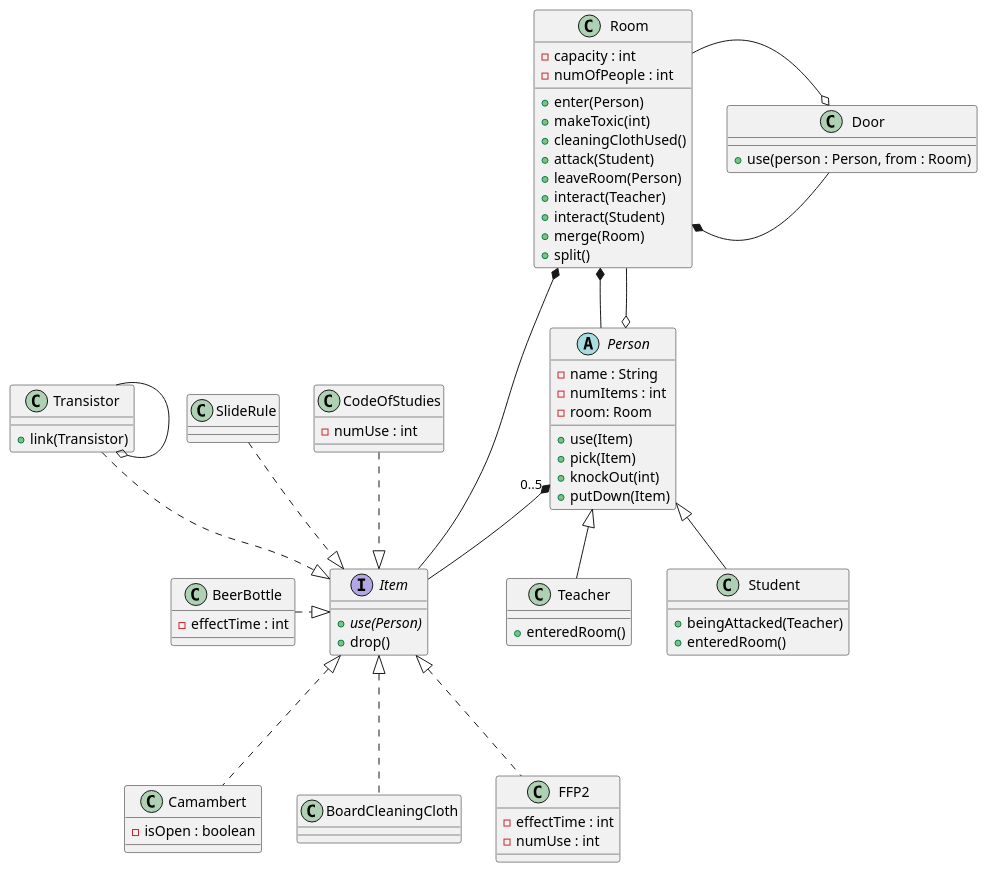
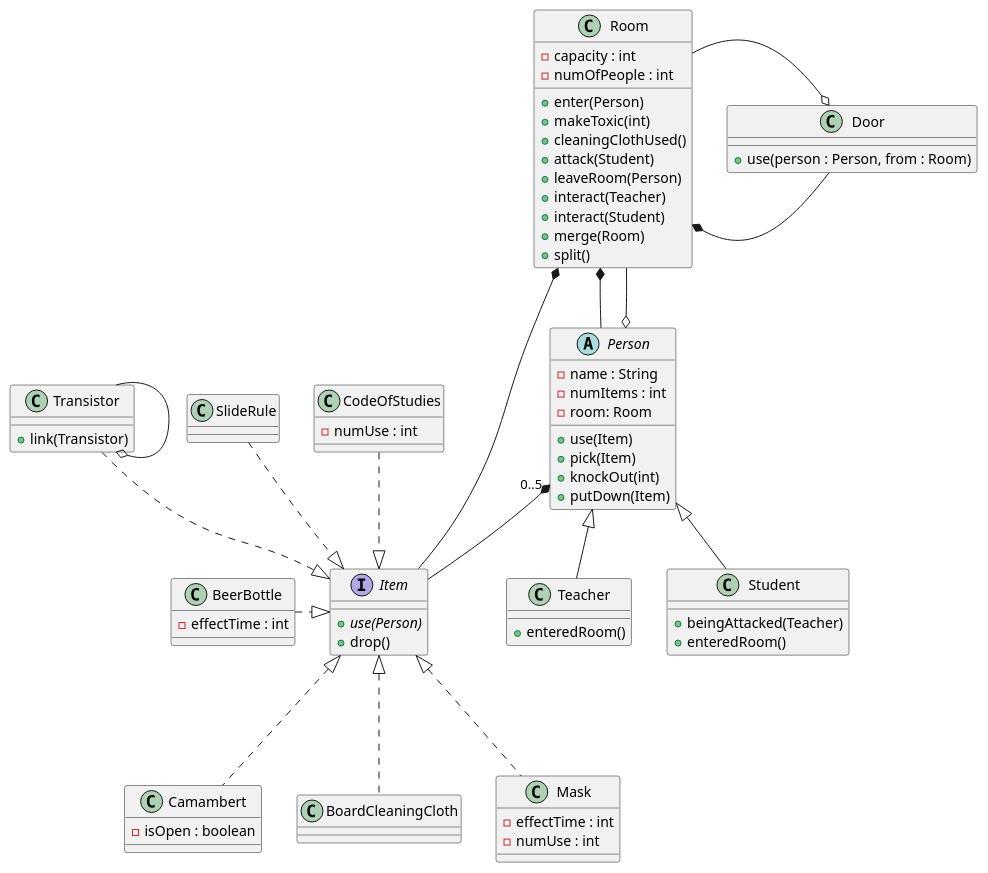
One commit to sn4k3ch4rm3r/logarlec changed the diagram in docs/diagrams/class/static-structure.puml. Above: the diagram before and after it, drawn with PlantUML.

Commit message:
Renamed FFP2 to Mask in static-structure.puml

```diff
--- a/docs/diagrams/class/static-structure.puml
+++ b/docs/diagrams/class/static-structure.puml
@@ -1,78 +1,78 @@
 @startuml static-structure
 abstract class Person {
     -name : String
     -numItems : int
     -room: Room
     +use(Item) 
     +pick(Item)
     +knockOut(int)
     +putDown(Item)
 }
 interface Item {
     {abstract} +use(Person)
     +drop()
 }
 class Room {
     -capacity : int
     -numOfPeople : int
     +enter(Person)
     +makeToxic(int)
     +cleaningClothUsed()
     +attack(Student)
     +leaveRoom(Person)
 	+interact(Teacher)
 	+interact(Student)
     +merge(Room)
     +split()
 }
 class Door {
     +use(person : Person, from : Room)
 }
 class Transistor {
 	+link(Transistor)
 }
 class Camambert {
     -isOpen : boolean
 }
 class BeerBottle {
     -effectTime : int
 }
 class CodeOfStudies {
     -numUse : int
 }
 class BoardCleaningCloth {
 }
-class FFP2 {
+class Mask {
     -effectTime : int
     -numUse : int
 }
 class SlideRule {
 }
 
 class Teacher {
     +enteredRoom()
 }
 class Student {
     +beingAttacked(Teacher)
     +enteredRoom()
 }
 
  Person <|-- Student
  Person <|-- Teacher
  Room *-- Person
  Room *-- Item
  Room *- Door
  Room -o Door
  Room --o Person
  Transistor --o Transistor
 
  Person "0..5"*-- Item
  Item <|.up- CodeOfStudies
  Item <|.up- SlideRule
  Item <|.up- Transistor
  Item <|.left- BeerBottle
  Item <|.down-- BoardCleaningCloth
- Item <|.down-- FFP2
+ Item <|.down-- Mask
  Item <|.down-- Camambert
 '  Door <|-- Transistor
 @enduml
```
